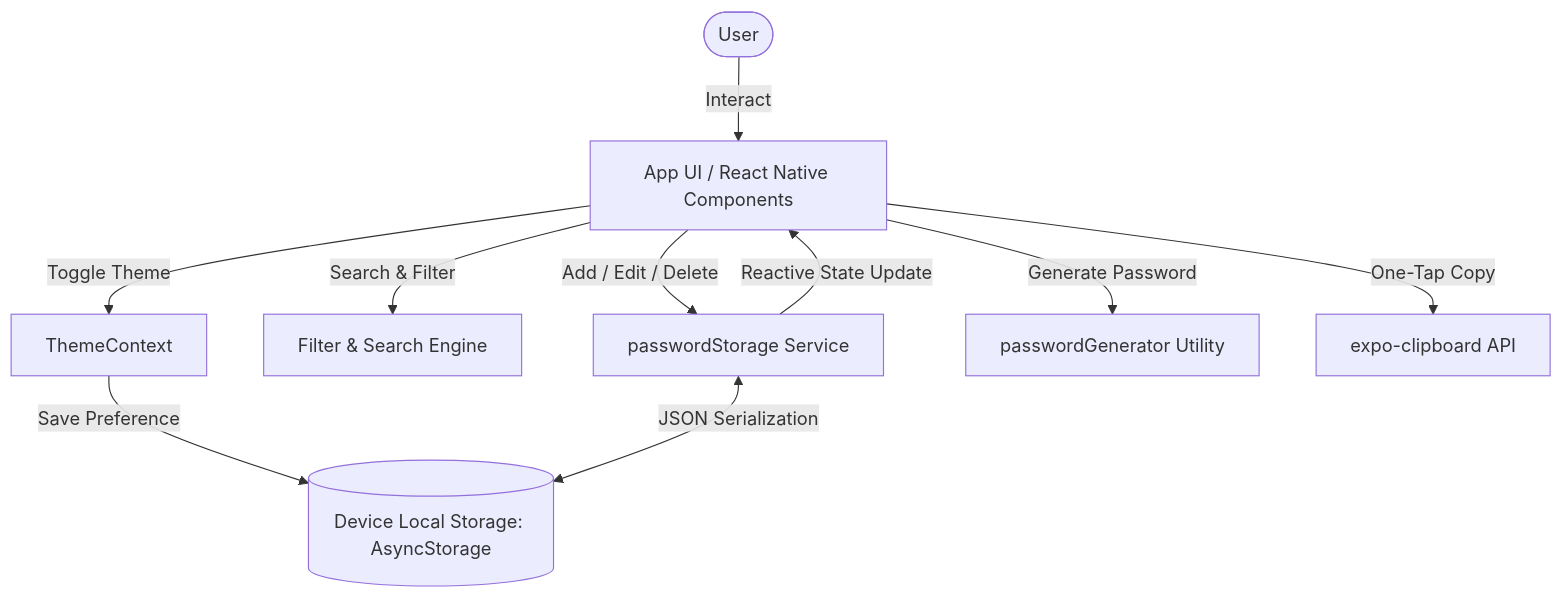
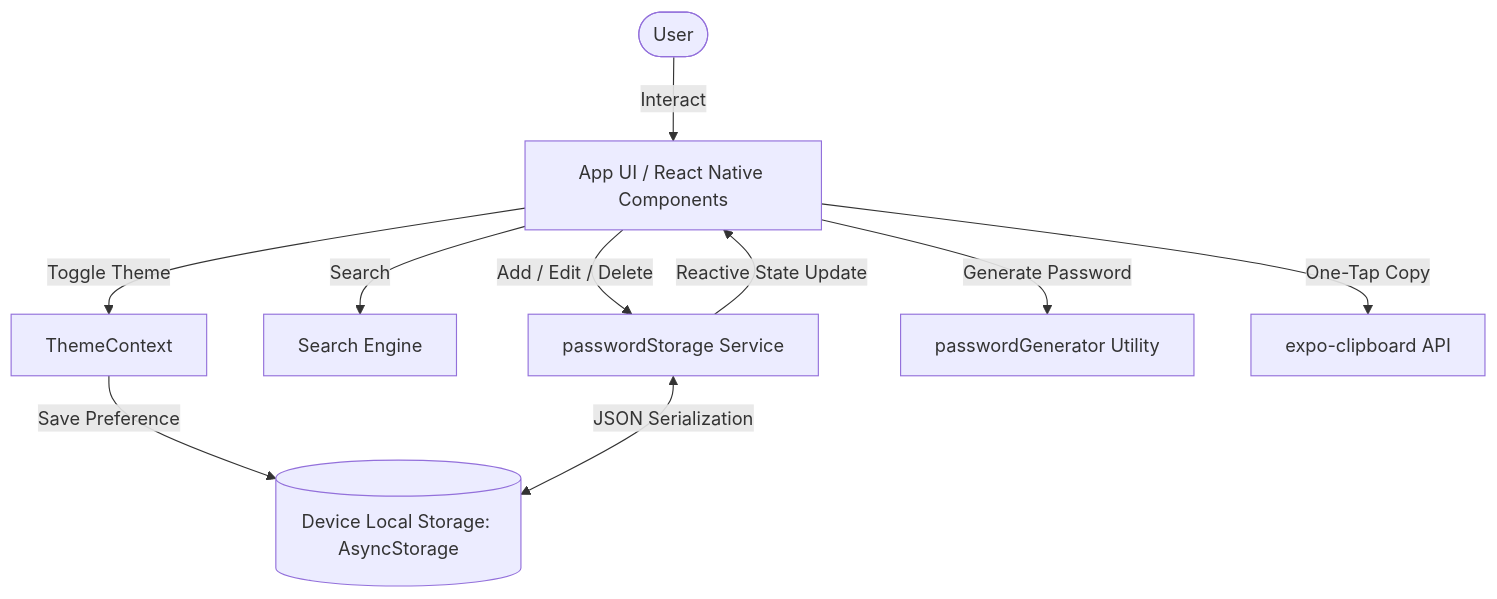
One commit to jyoti-kumbhar/Pass_Manager changed the first of 2 diagrams in README.md. Above: the diagram before and after it, drawn with Mermaid. The commit also changed other lines of this file and 2 other files, not shown here.

Commit message:
refactor: remove category filter and update documentation

````diff
--- a/README.md
+++ b/README.md
@@ -29,14 +29,14 @@
 ```mermaid
 flowchart TD
     User([User]) -->|Interact| UI["App UI / React Native Components"]
     UI -->|Toggle Theme| ThemeCtx["ThemeContext"]
     ThemeCtx -->|Save Preference| Storage[("Device Local Storage: AsyncStorage")]
     
-    UI -->|Search & Filter| FilterEngine["Filter & Search Engine"]
+    UI -->|Search| SearchEngine["Search Engine"]
     UI -->|Add / Edit / Delete| StorageService["passwordStorage Service"]
     UI -->|Generate Password| PwdGen["passwordGenerator Utility"]
     UI -->|One-Tap Copy| Clipboard["expo-clipboard API"]
     
     StorageService <-->|JSON Serialization| Storage
     StorageService -->|Reactive State Update| UI
 ```
````
